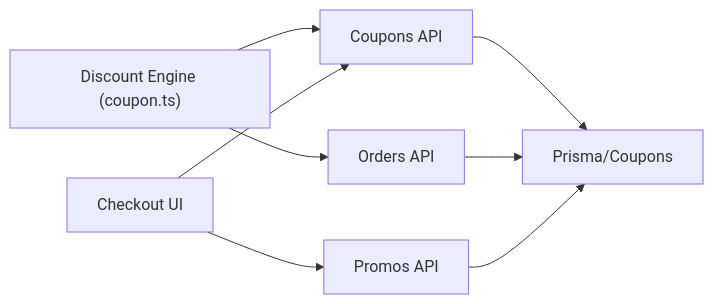
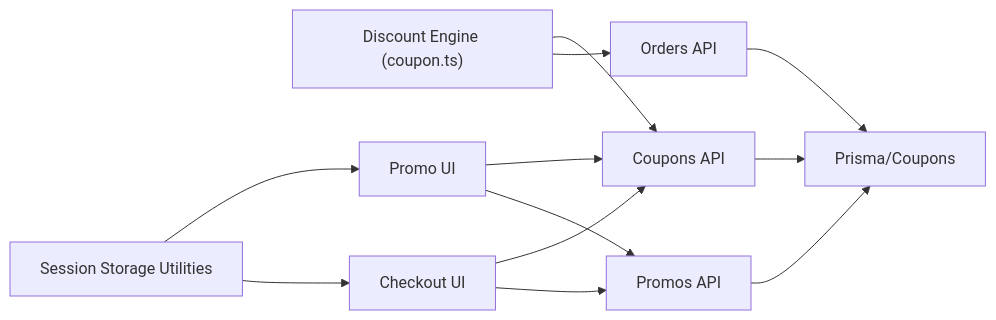
One commit to Ice-Nao-Eevee/Tera_Work changed diagram 11 of 11 in .qoder/repowiki/en/content/Core Features/Promotions & Coupons.md. Above: the diagram before and after it, drawn with Mermaid. The commit also changed other lines of this file and 49 other files, not shown here.

````diff
--- a/.qoder/repowiki/en/content/Core Features/Promotions & Coupons.md
+++ b/.qoder/repowiki/en/content/Core Features/Promotions & Coupons.md
@@ -400,10 +489,14 @@
 ```mermaid
 graph LR
 Engine["Discount Engine (coupon.ts)"] --> API_Coupons["Coupons API"]
 Engine --> API_Orders["Orders API"]
+SessionStorage["Session Storage Utilities"] --> UI_Promo["Promo UI"]
+SessionStorage --> UI_Checkout["Checkout UI"]
 API_Coupons --> DB["Prisma/Coupons"]
 API_Orders --> DB
-UI_Checkout["Checkout UI"] --> API_Coupons
+UI_Checkout --> API_Coupons
 UI_Checkout --> API_Promos["Promos API"]
+UI_Promo --> API_Coupons
+UI_Promo --> API_Promos
 API_Promos --> DB
 ```
````
